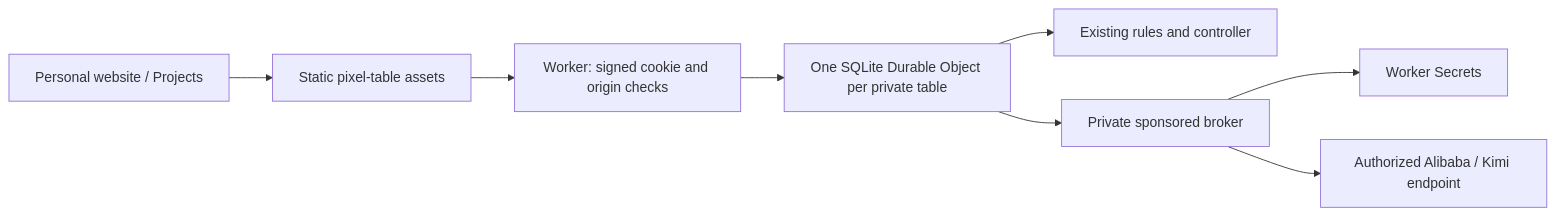
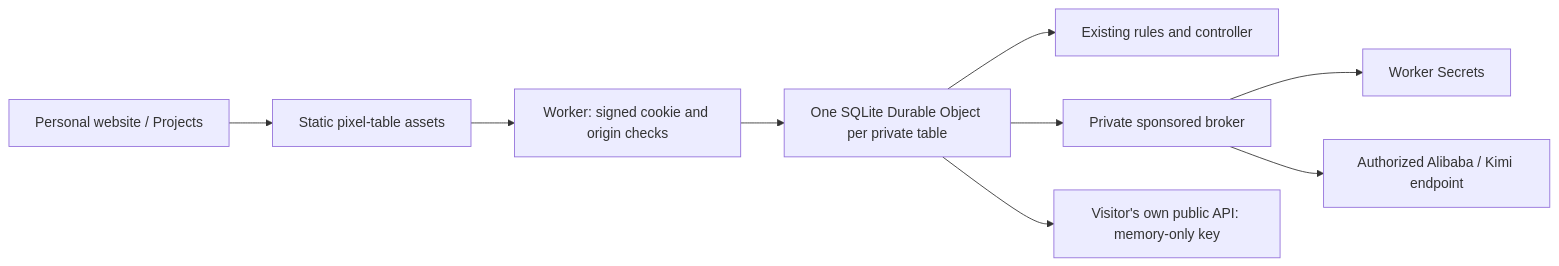
One commit to tonyyunyang/80-fen-shengji changed the diagram in docs/site-edition.md. Above: the diagram before and after it, drawn with Mermaid. The commit also changed other lines of this file and 22 other files, not shown here.

````diff
--- a/docs/site-edition.md
+++ b/docs/site-edition.md
@@ -44,10 +44,11 @@
 ```mermaid
 flowchart LR
   P[Personal website / Projects] --> A[Static pixel-table assets]
   A --> W[Worker: signed cookie and origin checks]
   W --> T[One SQLite Durable Object per private table]
   T --> E[Existing rules and controller]
   T --> B[Private sponsored broker]
   B --> K[Worker Secrets]
   B --> M[Authorized Alibaba / Kimi endpoint]
+  T --> U[Visitor's own public API: memory-only key]
 ```
````
